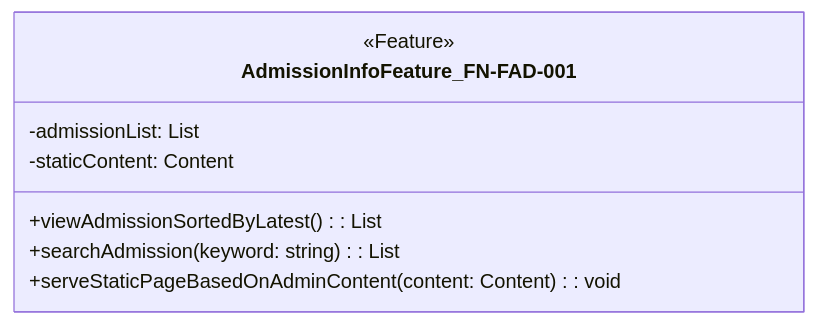
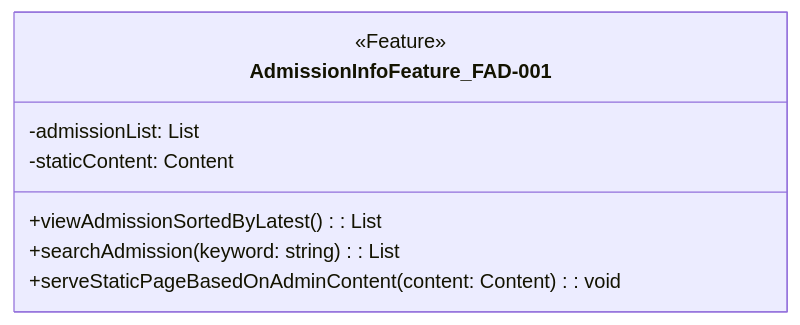
Before and after one commit to sun922/University-SoftwareDesign: the eighth of 10 diagrams in 2. Design/Software Design Documents.md, drawn with Mermaid. The commit also changed other lines of this file, not shown here.

````diff
--- a/2. Design/Software Design Documents.md
+++ b/2. Design/Software Design Documents.md
@@ -729,12 +729,12 @@
 ```mermaid
 classDiagram
-class AdmissionInfoFeature_FN-FAD-001 {
+class AdmissionInfoFeature_FAD-001 {
         <<Feature>>
         -admissionList: List
         -staticContent: Content
 
         +viewAdmissionSortedByLatest(): List
         +searchAdmission(keyword: string): List
         +serveStaticPageBasedOnAdminContent(content: Content): void
     }
 ```
````
